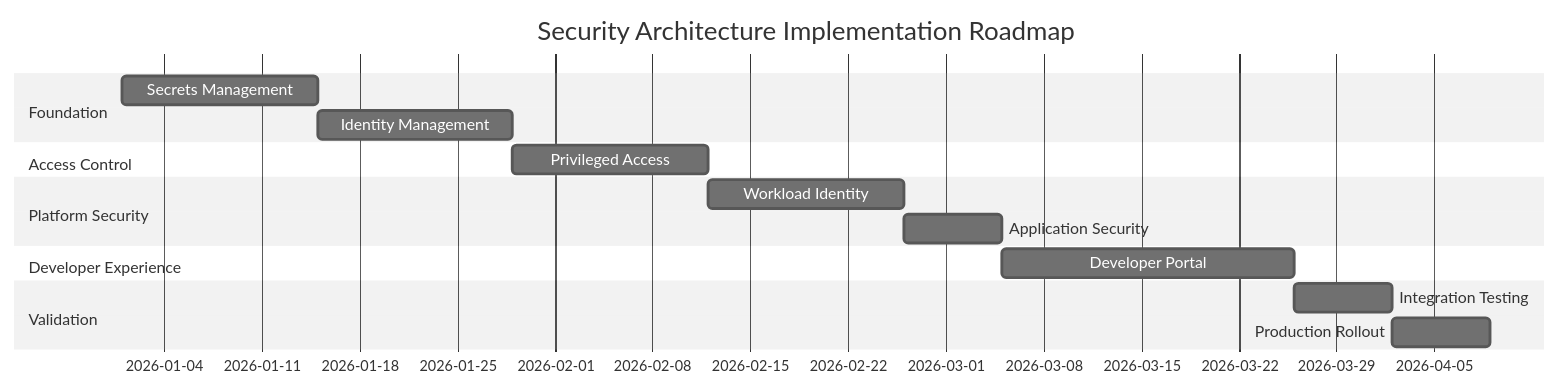
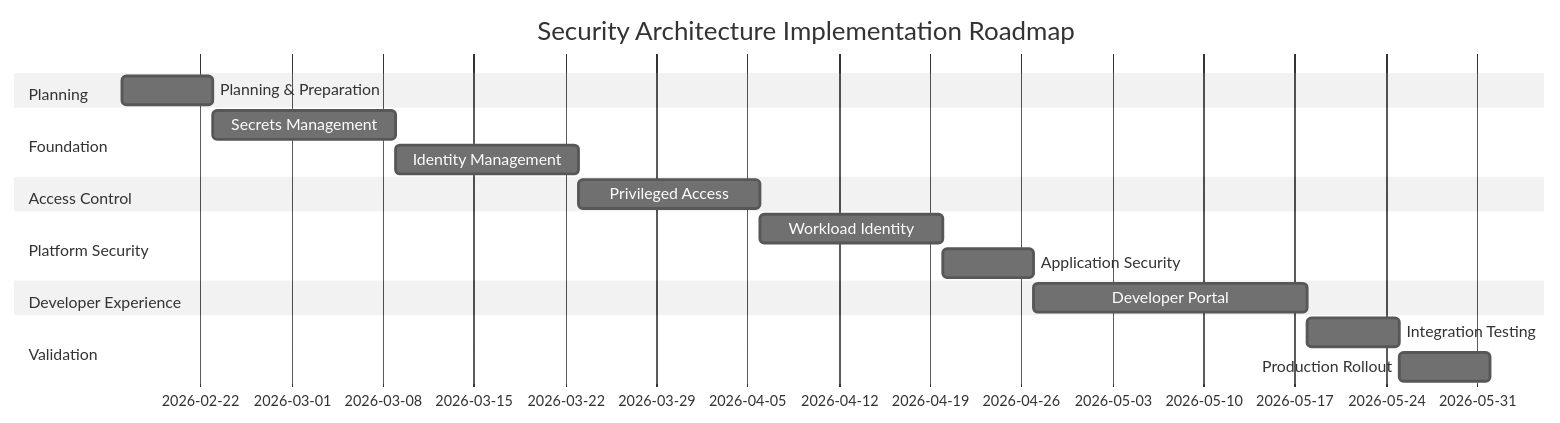
Before and after one commit to ProficientnowTech/pn-platform: diagram 11 of 12 in docs/platform/security-architecture-proposal.md, drawn with Mermaid (neutral theme). The commit also changed other lines of this file, not shown here.

Commit message:
docs(platform/rfcs): update dates in sec arch prop

````diff
--- a/docs/platform/security-architecture-proposal.md
+++ b/docs/platform/security-architecture-proposal.md
@@ -737,23 +738,26 @@
 ```mermaid
 gantt
     title Security Architecture Implementation Roadmap
     dateFormat YYYY-MM-DD
 
+    section Planning
+    Planning & Preparation :p1, 2026-02-16, 7d
+
     section Foundation
-    Secrets Management     :a1, 2026-01-01, 14d
+    Secrets Management     :a1, after p1, 14d
     Identity Management    :a2, after a1, 14d
 
     section Access Control
     Privileged Access      :b1, after a2, 14d
 
     section Platform Security
     Workload Identity      :c1, after b1, 14d
     Application Security   :c2, after c1, 7d
 
     section Developer Experience
     Developer Portal       :d1, after c2, 21d
 
     section Validation
     Integration Testing    :e1, after d1, 7d
     Production Rollout     :e2, after e1, 7d
 ```
````
